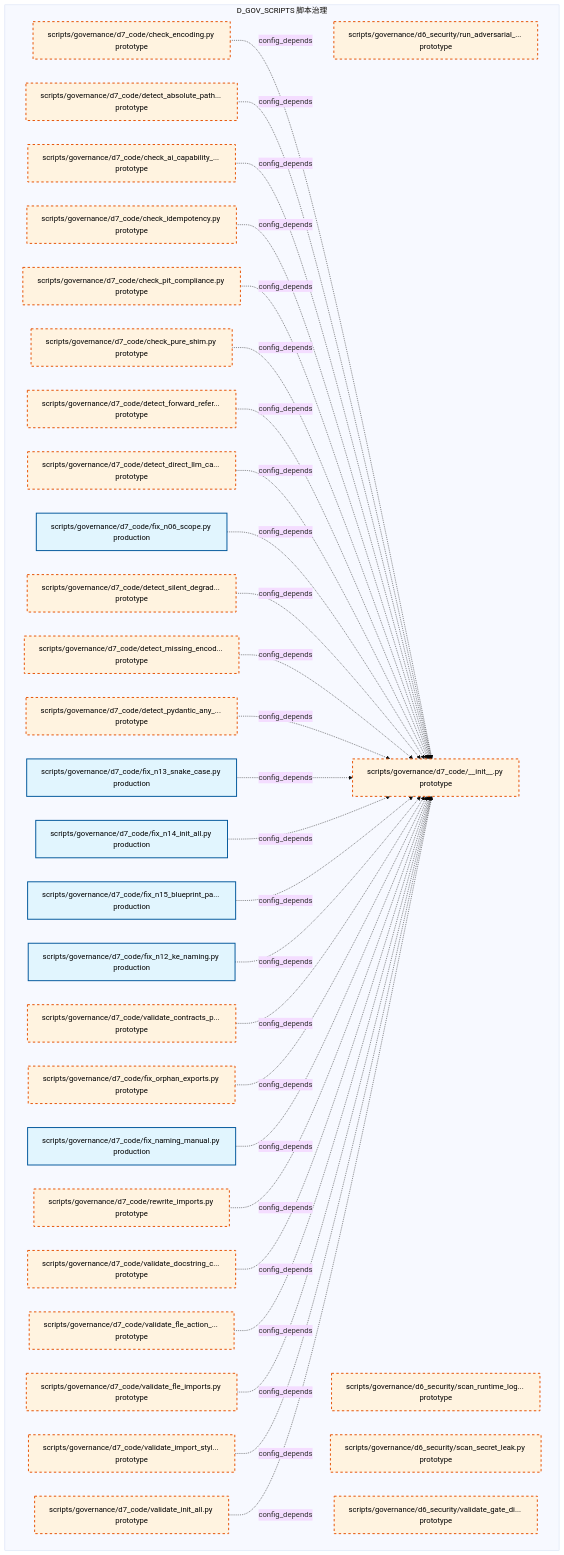
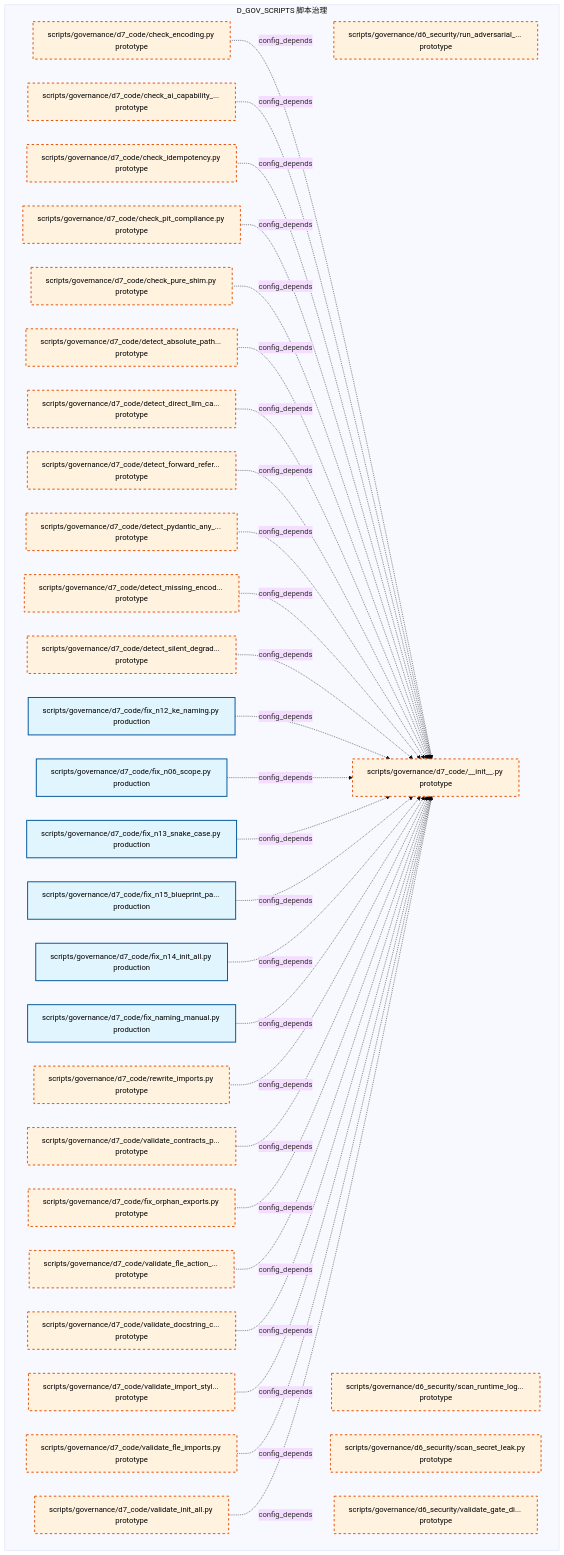
One commit to xuanFelixVan/ZephyrAlpha changed the tenth of 15 diagrams in docs/02_enterprise_architecture/02_domain_architecture_docs/39_d_gov_scripts.md. Above: the diagram before and after it, drawn with Mermaid (base theme). The commit also changed other lines of this file and 1 other file, not shown here.

First line of the commit message:
ARCH-041 修复孤儿节点: governance_watchdog.py BLUEPRINT GOV-075->MOD-INF-005 + DB补注册 + 39_d_gov_scripts.md mermaid图重新生成

````diff
--- a/docs/02_enterprise_architecture/02_domain_architecture_docs/39_d_gov_scripts.md
+++ b/docs/02_enterprise_architecture/02_domain_architecture_docs/39_d_gov_scripts.md
@@ -696,66 +696,66 @@
 ```mermaid
 graph TD
     subgraph D_GOV_SCRIPTS["D_GOV_SCRIPTS 脚本治理"]
         scripts_governance_d6_security_run_adversarial_checks_py["scripts/governance/d6_security/run_adversarial_... prototype"]
         scripts_governance_d6_security_scan_runtime_log_secrets_py["scripts/governance/d6_security/scan_runtime_log... prototype"]
         scripts_governance_d6_security_scan_secret_leak_py["scripts/governance/d6_security/scan_secret_leak.py prototype"]
         scripts_governance_d6_security_validate_gate_discipline_py["scripts/governance/d6_security/validate_gate_di... prototype"]
         scripts_governance_d7_code_init_py["scripts/governance/d7_code/__init__.py prototype"]
         scripts_governance_d7_code_check_ai_capability_boundary_py["scripts/governance/d7_code/check_ai_capability_... prototype"]
         scripts_governance_d7_code_check_encoding_py["scripts/governance/d7_code/check_encoding.py prototype"]
         scripts_governance_d7_code_check_idempotency_py["scripts/governance/d7_code/check_idempotency.py prototype"]
         scripts_governance_d7_code_check_pit_compliance_py["scripts/governance/d7_code/check_pit_compliance.py prototype"]
         scripts_governance_d7_code_check_pure_shim_py["scripts/governance/d7_code/check_pure_shim.py prototype"]
         scripts_governance_d7_code_detect_absolute_path_hardcoding_py["scripts/governance/d7_code/detect_absolute_path... prototype"]
         scripts_governance_d7_code_detect_direct_llm_calls_py["scripts/governance/d7_code/detect_direct_llm_ca... prototype"]
         scripts_governance_d7_code_detect_forward_reference_py["scripts/governance/d7_code/detect_forward_refer... prototype"]
         scripts_governance_d7_code_detect_missing_encoding_py["scripts/governance/d7_code/detect_missing_encod... prototype"]
         scripts_governance_d7_code_detect_pydantic_any_fields_py["scripts/governance/d7_code/detect_pydantic_any_... prototype"]
         scripts_governance_d7_code_detect_silent_degradation_py["scripts/governance/d7_code/detect_silent_degrad... prototype"]
         scripts_governance_d7_code_fix_n06_scope_py["scripts/governance/d7_code/fix_n06_scope.py production"]
         scripts_governance_d7_code_fix_n12_ke_naming_py["scripts/governance/d7_code/fix_n12_ke_naming.py production"]
         scripts_governance_d7_code_fix_n13_snake_case_py["scripts/governance/d7_code/fix_n13_snake_case.py production"]
         scripts_governance_d7_code_fix_n14_init_all_py["scripts/governance/d7_code/fix_n14_init_all.py production"]
         scripts_governance_d7_code_fix_n15_blueprint_path_py["scripts/governance/d7_code/fix_n15_blueprint_pa... production"]
         scripts_governance_d7_code_fix_naming_manual_py["scripts/governance/d7_code/fix_naming_manual.py production"]
         scripts_governance_d7_code_fix_orphan_exports_py["scripts/governance/d7_code/fix_orphan_exports.py prototype"]
         scripts_governance_d7_code_rewrite_imports_py["scripts/governance/d7_code/rewrite_imports.py prototype"]
         scripts_governance_d7_code_validate_contracts_purity_py["scripts/governance/d7_code/validate_contracts_p... prototype"]
         scripts_governance_d7_code_validate_docstring_coverage_py["scripts/governance/d7_code/validate_docstring_c... prototype"]
         scripts_governance_d7_code_validate_fle_action_metadata_py["scripts/governance/d7_code/validate_fle_action_... prototype"]
         scripts_governance_d7_code_validate_fle_imports_py["scripts/governance/d7_code/validate_fle_imports.py prototype"]
         scripts_governance_d7_code_validate_import_style_py["scripts/governance/d7_code/validate_import_styl... prototype"]
         scripts_governance_d7_code_validate_init_all_py["scripts/governance/d7_code/validate_init_all.py prototype"]
     end
     scripts_governance_d7_code_check_encoding_py -.->|config_depends| scripts_governance_d7_code_init_py
-    scripts_governance_d7_code_detect_absolute_path_hardcoding_py -.->|config_depends| scripts_governance_d7_code_init_py
     scripts_governance_d7_code_check_ai_capability_boundary_py -.->|config_depends| scripts_governance_d7_code_init_py
     scripts_governance_d7_code_check_idempotency_py -.->|config_depends| scripts_governance_d7_code_init_py
     scripts_governance_d7_code_check_pit_compliance_py -.->|config_depends| scripts_governance_d7_code_init_py
     scripts_governance_d7_code_check_pure_shim_py -.->|config_depends| scripts_governance_d7_code_init_py
+    scripts_governance_d7_code_detect_absolute_path_hardcoding_py -.->|config_depends| scripts_governance_d7_code_init_py
+    scripts_governance_d7_code_detect_direct_llm_calls_py -.->|config_depends| scripts_governance_d7_code_init_py
     scripts_governance_d7_code_detect_forward_reference_py -.->|config_depends| scripts_governance_d7_code_init_py
-    scripts_governance_d7_code_detect_direct_llm_calls_py -.->|config_depends| scripts_governance_d7_code_init_py
+    scripts_governance_d7_code_detect_pydantic_any_fields_py -.->|config_depends| scripts_governance_d7_code_init_py
+    scripts_governance_d7_code_detect_missing_encoding_py -.->|config_depends| scripts_governance_d7_code_init_py
+    scripts_governance_d7_code_detect_silent_degradation_py -.->|config_depends| scripts_governance_d7_code_init_py
+    scripts_governance_d7_code_fix_n12_ke_naming_py -.->|config_depends| scripts_governance_d7_code_init_py
     scripts_governance_d7_code_fix_n06_scope_py -.->|config_depends| scripts_governance_d7_code_init_py
-    scripts_governance_d7_code_detect_silent_degradation_py -.->|config_depends| scripts_governance_d7_code_init_py
-    scripts_governance_d7_code_detect_missing_encoding_py -.->|config_depends| scripts_governance_d7_code_init_py
-    scripts_governance_d7_code_detect_pydantic_any_fields_py -.->|config_depends| scripts_governance_d7_code_init_py
     scripts_governance_d7_code_fix_n13_snake_case_py -.->|config_depends| scripts_governance_d7_code_init_py
+    scripts_governance_d7_code_fix_n15_blueprint_path_py -.->|config_depends| scripts_governance_d7_code_init_py
     scripts_governance_d7_code_fix_n14_init_all_py -.->|config_depends| scripts_governance_d7_code_init_py
-    scripts_governance_d7_code_fix_n15_blueprint_path_py -.->|config_depends| scripts_governance_d7_code_init_py
-    scripts_governance_d7_code_fix_n12_ke_naming_py -.->|config_depends| scripts_governance_d7_code_init_py
+    scripts_governance_d7_code_fix_naming_manual_py -.->|config_depends| scripts_governance_d7_code_init_py
+    scripts_governance_d7_code_rewrite_imports_py -.->|config_depends| scripts_governance_d7_code_init_py
     scripts_governance_d7_code_validate_contracts_purity_py -.->|config_depends| scripts_governance_d7_code_init_py
     scripts_governance_d7_code_fix_orphan_exports_py -.->|config_depends| scripts_governance_d7_code_init_py
-    scripts_governance_d7_code_fix_naming_manual_py -.->|config_depends| scripts_governance_d7_code_init_py
-    scripts_governance_d7_code_rewrite_imports_py -.->|config_depends| scripts_governance_d7_code_init_py
+    scripts_governance_d7_code_validate_fle_action_metadata_py -.->|config_depends| scripts_governance_d7_code_init_py
     scripts_governance_d7_code_validate_docstring_coverage_py -.->|config_depends| scripts_governance_d7_code_init_py
-    scripts_governance_d7_code_validate_fle_action_metadata_py -.->|config_depends| scripts_governance_d7_code_init_py
+    scripts_governance_d7_code_validate_import_style_py -.->|config_depends| scripts_governance_d7_code_init_py
     scripts_governance_d7_code_validate_fle_imports_py -.->|config_depends| scripts_governance_d7_code_init_py
-    scripts_governance_d7_code_validate_import_style_py -.->|config_depends| scripts_governance_d7_code_init_py
     scripts_governance_d7_code_validate_init_all_py -.->|config_depends| scripts_governance_d7_code_init_py
     classDef production fill:#e1f5fe,stroke:#01579b,stroke-width:2px,color:#000
     classDef design fill:#fff3e0,stroke:#e65100,stroke-width:2px,color:#000,stroke-dasharray: 5 5
     classDef external_prod fill:#e8f5e9,stroke:#1b5e20,stroke-width:1px,color:#000
     classDef external_design fill:#fce4ec,stroke:#880e4f,stroke-width:1px,color:#000,stroke-dasharray: 5 5
     class scripts_governance_d7_code_fix_n06_scope_py,scripts_governance_d7_code_fix_n12_ke_naming_py,scripts_governance_d7_code_fix_n13_snake_case_py,scripts_governance_d7_code_fix_n14_init_all_py,scripts_governance_d7_code_fix_n15_blueprint_path_py,scripts_governance_d7_code_fix_naming_manual_py production
     class scripts_governance_d6_security_run_adversarial_checks_py,scripts_governance_d6_security_scan_runtime_log_secrets_py,scripts_governance_d6_security_scan_secret_leak_py,scripts_governance_d6_security_validate_gate_discipline_py,scripts_governance_d7_code_init_py,scripts_governance_d7_code_check_ai_capability_boundary_py,scripts_governance_d7_code_check_encoding_py,scripts_governance_d7_code_check_idempotency_py,scripts_governance_d7_code_check_pit_compliance_py,scripts_governance_d7_code_check_pure_shim_py,scripts_governance_d7_code_detect_absolute_path_hardcoding_py,scripts_governance_d7_code_detect_direct_llm_calls_py,scripts_governance_d7_code_detect_forward_reference_py,scripts_governance_d7_code_detect_missing_encoding_py,scripts_governance_d7_code_detect_pydantic_any_fields_py,scripts_governance_d7_code_detect_silent_degradation_py,scripts_governance_d7_code_fix_orphan_exports_py,scripts_governance_d7_code_rewrite_imports_py,scripts_governance_d7_code_validate_contracts_purity_py,scripts_governance_d7_code_validate_docstring_coverage_py,scripts_governance_d7_code_validate_fle_action_metadata_py,scripts_governance_d7_code_validate_fle_imports_py,scripts_governance_d7_code_validate_import_style_py,scripts_governance_d7_code_validate_init_all_py design
 ```
````
